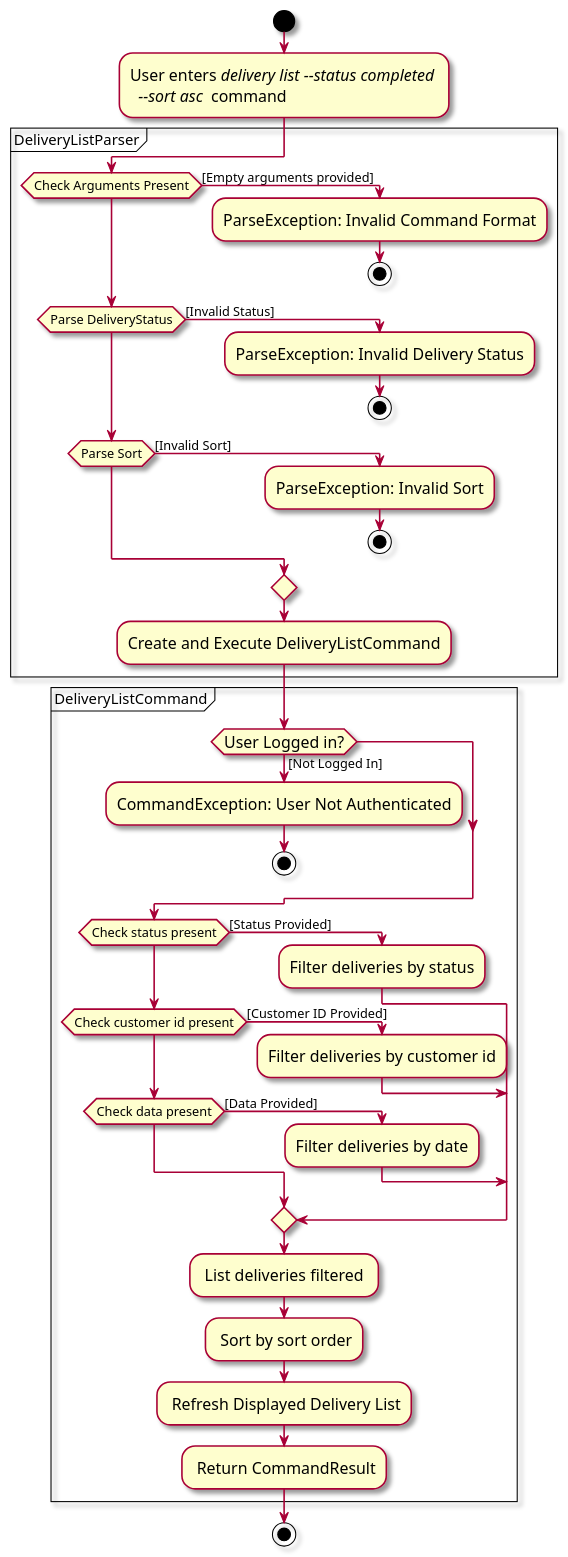
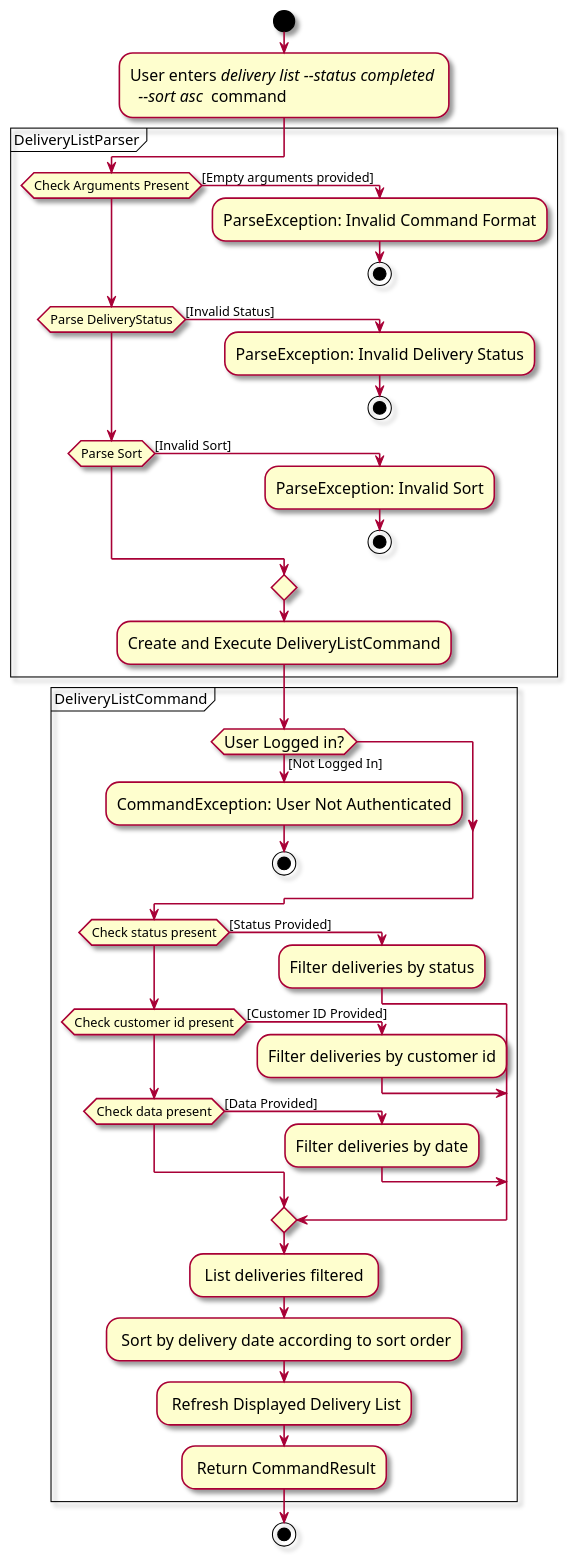
One commit to zhonghan721/tp changed the diagram in docs/diagrams/implementation/delivery/DeliveryListActivityDiagram.puml. Above: the diagram before and after it, drawn with PlantUML. The commit also changed 1 other file, not shown here.

Commit message:
Change delivery date default order

```diff
--- a/docs/diagrams/implementation/delivery/DeliveryListActivityDiagram.puml
+++ b/docs/diagrams/implementation/delivery/DeliveryListActivityDiagram.puml
@@ -1,44 +1,44 @@
 @startuml
 skin rose
 skinparam ActivityFontSize 15
 skinparam ArrowFontSize 12
 
 !pragma useVerticalIf on
 start
 :User enters <i>delivery list --status completed \n <i> --sort asc </i> command;
 partition DeliveryListParser {
     if (Check Arguments Present) then ([Empty arguments provided])
         :ParseException: Invalid Command Format;
         stop
     elseif (Parse DeliveryStatus) then ([Invalid Status])
         :ParseException: Invalid Delivery Status;
         stop
     elseif (Parse Sort) then ([Invalid Sort])
         :ParseException: Invalid Sort;
         stop
     endif
     :Create and Execute DeliveryListCommand;
 }
 
 partition DeliveryListCommand {
     if (User Logged in?) then ([Not Logged In])
         :CommandException: User Not Authenticated;
         stop
     endif
 
     if (Check status present) then ([Status Provided])
         :Filter deliveries by status;
     elseif (Check customer id present) then ([Customer ID Provided])
         :Filter deliveries by customer id;
     elseif (Check data present) then ([Data Provided])
         :Filter deliveries by date;
     endif
         : List deliveries filtered ;
-        : Sort by sort order;
+        : Sort by delivery date according to sort order;
         : Refresh Displayed Delivery List;
         : Return CommandResult;
 }
 
 stop
 
 @enduml
```
